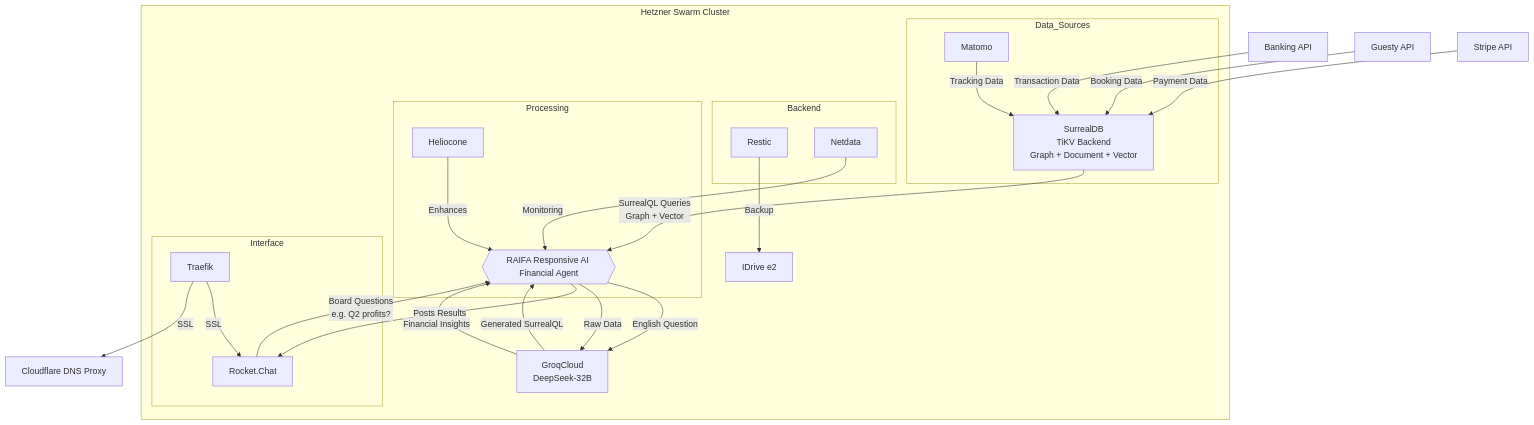
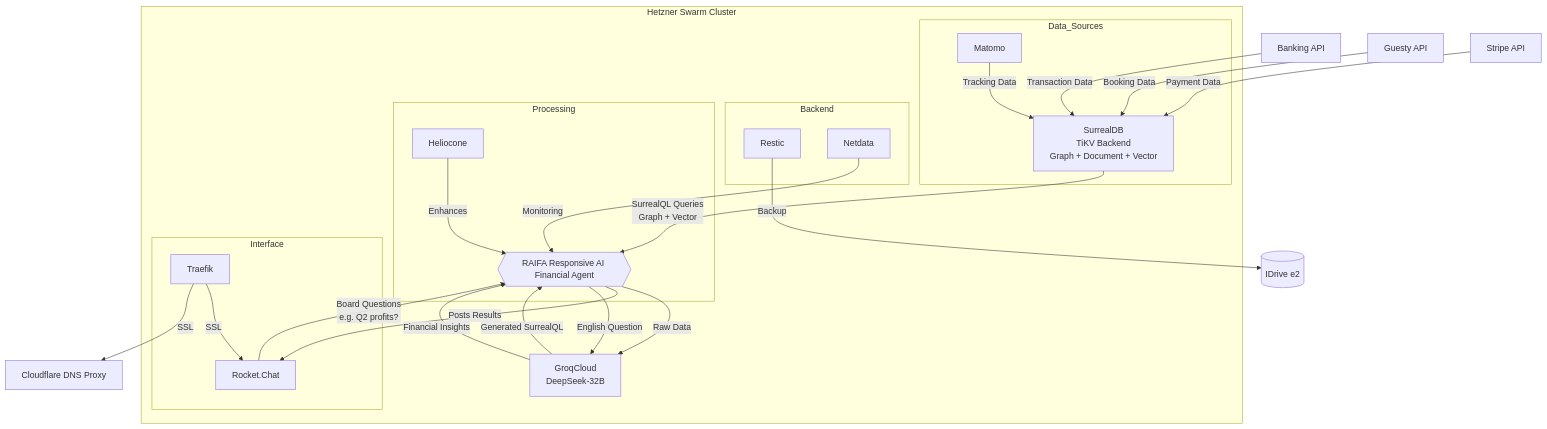
Before and after one commit to deepbrainspace/deepbrain-stack: the fourth of 4 diagrams in projects/bnb/v6-b.md, drawn with Mermaid. The commit also changed other lines of this file, not shown here.

````diff
--- a/projects/bnb/v6-b.md
+++ b/projects/bnb/v6-b.md
@@ -137,37 +139,39 @@
 ```mermaid
 graph TD
     A[Banking API] -->|Transaction Data| B[SurrealDB<br>TiKV Backend<br>Graph + Document + Vector]
     C[Guesty API] -->|Booking Data| B
     D[Stripe API] -->|Payment Data| B
     subgraph Hetzner_CCX23_Cluster_Docker_Swarm[Hetzner Swarm Cluster]
         E[Matomo] -->|Tracking Data| B
         J[Traefik] -->|SSL| F[Rocket.Chat]
         F -->|Board Questions<br>e.g. Q2 profits?| G{{RAIFA Responsive AI Financial Agent}}
         B -->|SurrealQL Queries<br>Graph + Vector| G
-        G -->|English Question| H[GroqCloud<br>DeepSeek-32B]
         H -->|Generated SurrealQL| G
         G -->|Raw Data| H
         H -->|Financial Insights| G
         G -->|Posts Results| F
-        I[Restic] -->|Backup| K[IDrive e2]
+        I[Restic]
         L[Netdata] -->|Monitoring| G
         M[Heliocone] -->|Enhances| G
         subgraph Data_Sources
             B
             E
         end
         subgraph Backend
             I
             L
         end
         subgraph Processing
             G
             M
         end
         subgraph Interface
             F
             J
         end
     end
+    I -->|Backup| K[(IDrive e2)]
+
+    G -->|English Question| H[GroqCloud<br>DeepSeek-32B]
     J -->|SSL| N[Cloudflare DNS Proxy]
 ```
````
